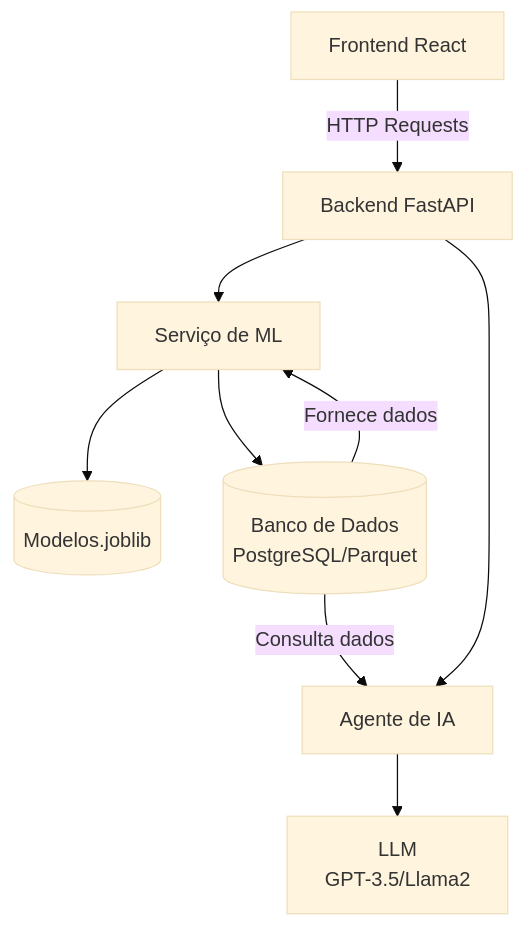
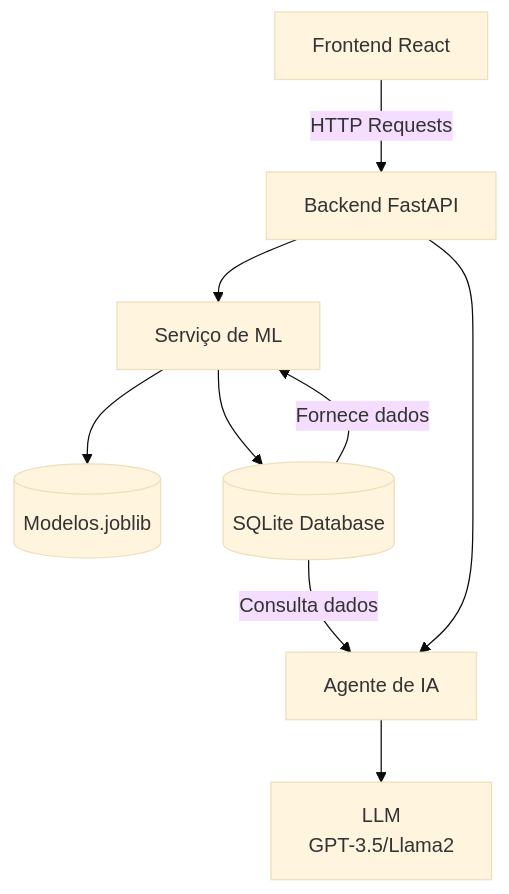
Before and after one commit to victorhorat/ProdWise: the second of 2 diagrams in README.md, drawn with Mermaid (base theme). The commit also changed other lines of this file and 37 other files, not shown here.

````diff
--- a/README.md
+++ b/README.md
@@ -29,11 +29,11 @@
 ```mermaid
 graph TD
     A[Frontend React] -->|HTTP Requests| B[Backend FastAPI]
     B --> C[Serviço de ML]
     B --> D[Agente de IA]
     C --> E[(Modelos.joblib)]
-    C --> F[(Banco de Dados\nPostgreSQL/Parquet)]
+    C --> F[(SQLite Database)]
     D --> G[LLM\nGPT-3.5/Llama2]
     F -->|Fornece dados| C
     F -->|Consulta dados| D
 ```
````
